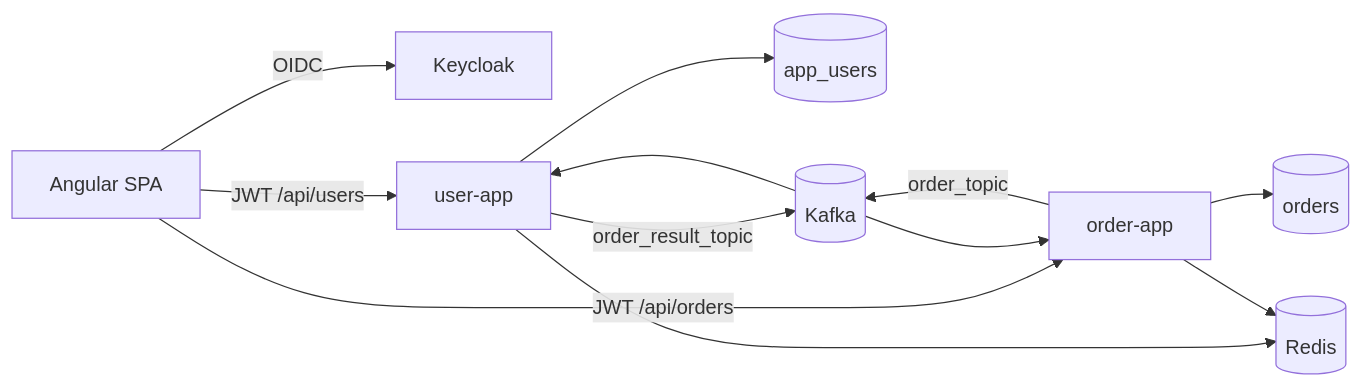
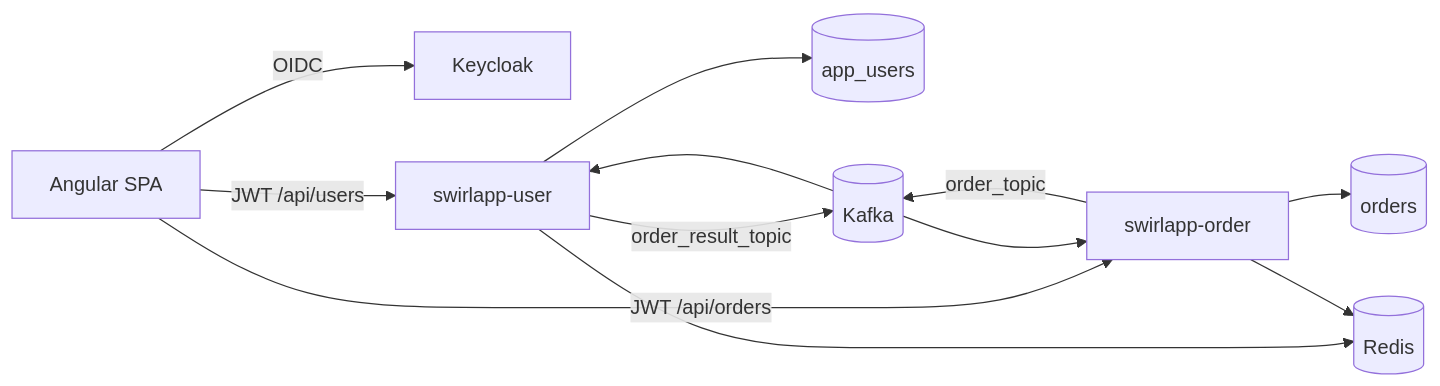
The first of 2 diagrams in docs/architecture.md (chefzaid/devapp), drawn with Mermaid before and after one commit. The commit also changed other lines of this file and 277 other files, not shown here.

````diff
--- a/docs/architecture.md
+++ b/docs/architecture.md
@@ -7,14 +7,14 @@
 ```mermaid
 flowchart LR
     browser[Angular SPA] -->|OIDC| keycloak[Keycloak]
-    browser -->|JWT /api/users| user[user-app]
-    browser -->|JWT /api/orders| order[order-app]
+    browser -->|JWT /api/users| user[swirlapp-user]
+    browser -->|JWT /api/orders| order[swirlapp-order]
     user --> users[(app_users)]
     order --> orders[(orders)]
     order -->|order_topic| kafka[(Kafka)]
     kafka --> user
     user -->|order_result_topic| kafka
     kafka --> order
     user --> redis[(Redis)]
     order --> redis
 ```
````
